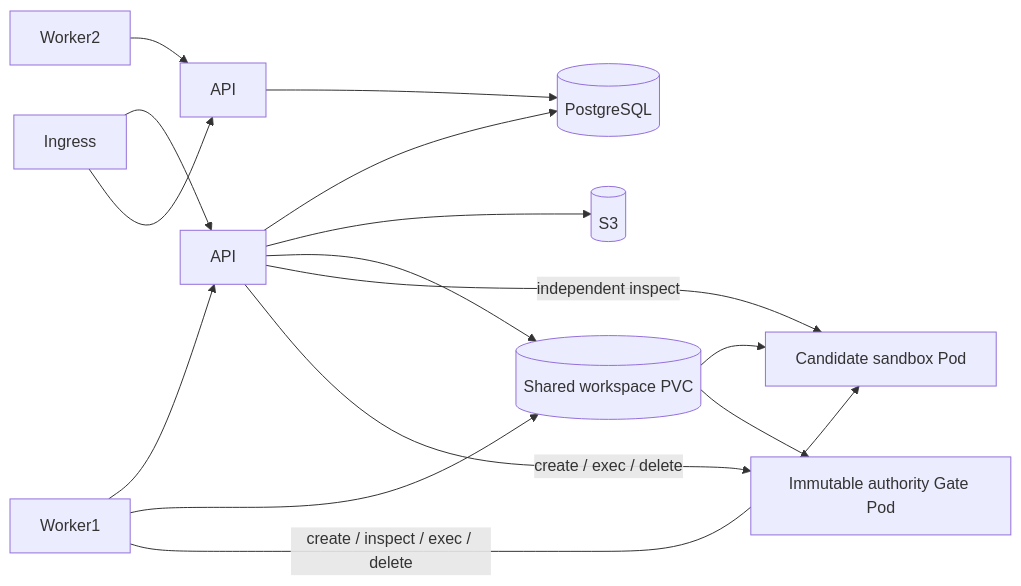
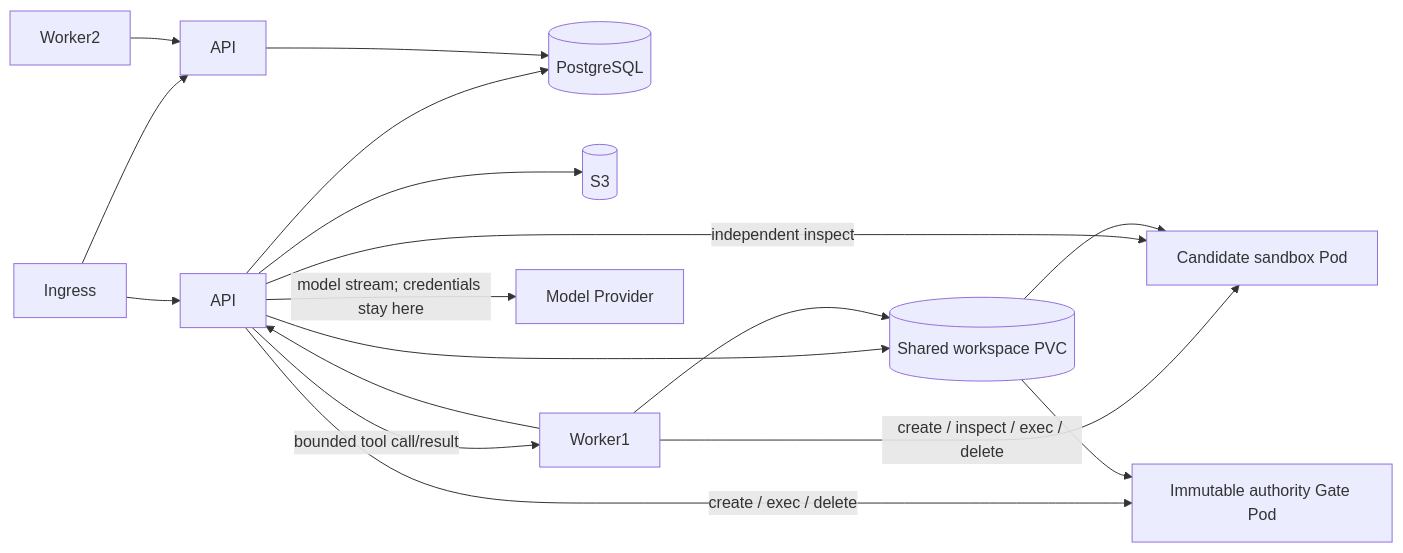
One commit to muniu-ai/muniu changed the fifth of 5 diagrams in docs/architecture.md. Above: the diagram before and after it, drawn with Mermaid. The commit also changed other lines of this file and 26 other files, not shown here.

````diff
--- a/docs/architecture.md
+++ b/docs/architecture.md
@@ -70,17 +70,19 @@
 ```mermaid
 flowchart LR
   Ingress --> API1[API]
   Ingress --> API2[API]
   API1 --> PG[(PostgreSQL)]
   API2 --> PG
   API1 --> S3[(S3)]
   Worker1 --> API1
   Worker2 --> API2
+  API1 -->|model stream; credentials stay here| Provider[Model Provider]
+  API1 -->|bounded tool call/result| Worker1
   API1 --> PVC[(Shared workspace PVC)]
   Worker1 --> PVC
   Worker1 -->|create / inspect / exec / delete| Pod[Candidate sandbox Pod]
   API1 -->|independent inspect| Pod
   API1 -->|create / exec / delete| GatePod[Immutable authority Gate Pod]
   PVC --> Pod
   PVC --> GatePod
 ```
````
